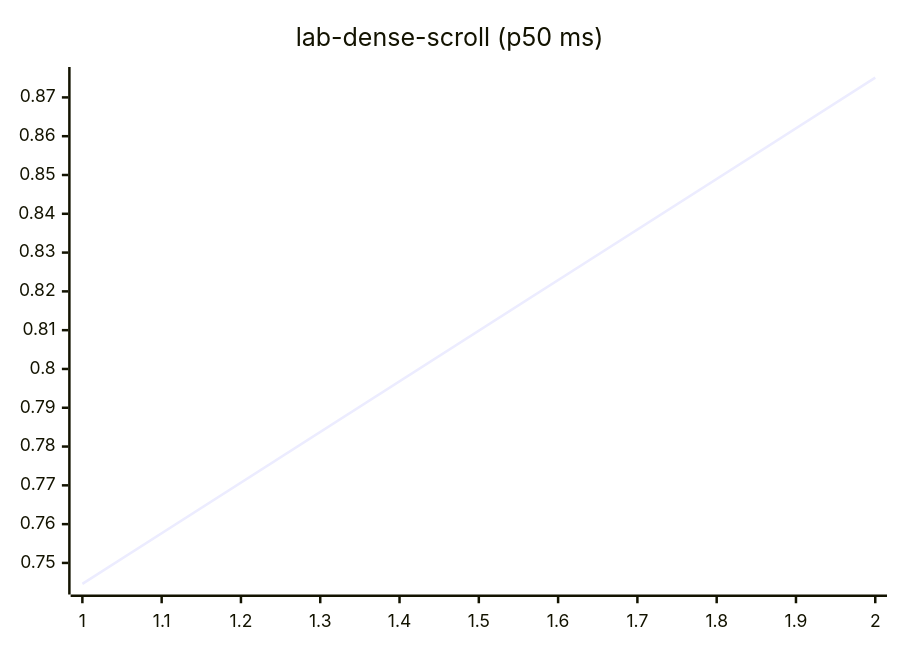
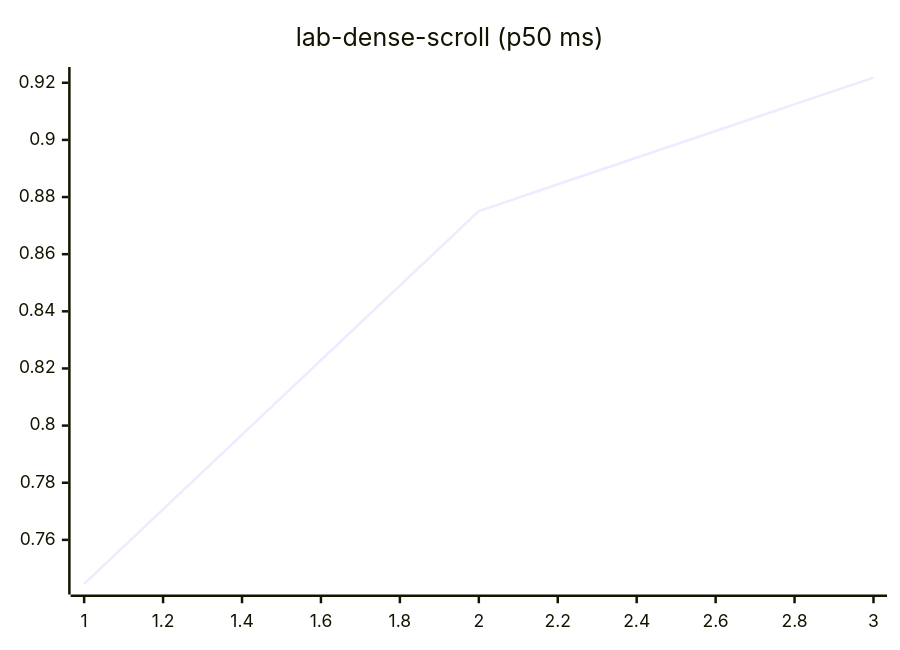
Diagram 12 of 27 in README.md (josha/Facet), drawn with Mermaid before and after one commit. The commit also changed other lines of this file and 2 other files, not shown here.

````diff
--- a/README.md
+++ b/README.md
@@ -140,6 +140,6 @@
 ```mermaid
 xychart-beta
     title "lab-dense-scroll (p50 ms)"
-    x-axis 1 --> 2
-    line [0.7446, 0.8751]
+    x-axis 1 --> 3
+    line [0.7446, 0.8751, 0.9218]
 ```
````
